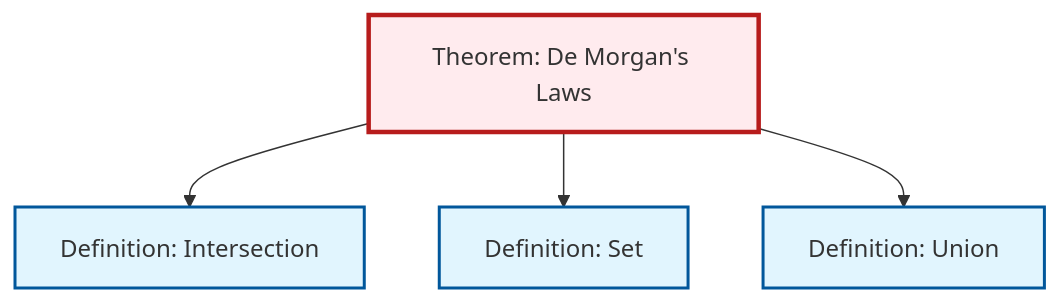
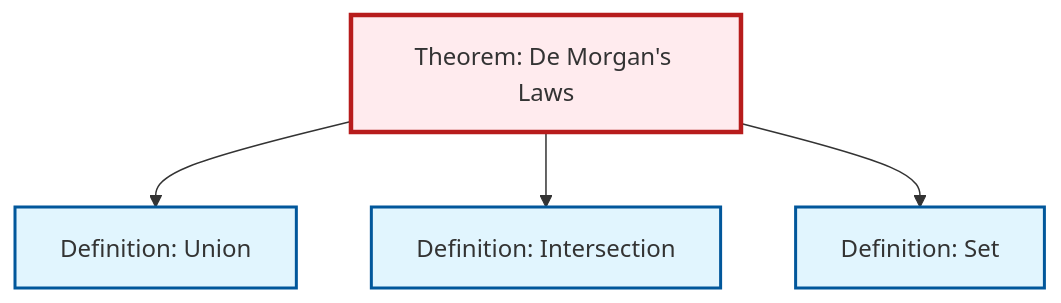
Before and after one commit to RK0429/ModernMath: the diagram in content/en/logic-set-theory/thm-de-morgan.qmd, drawn with Mermaid. The commit also changed other lines of this file and 530 other files, not shown here.

````diff
--- a/content/en/logic-set-theory/thm-de-morgan.qmd
+++ b/content/en/logic-set-theory/thm-de-morgan.qmd
@@ -78,20 +78,20 @@
 ```{mermaid}
 %%| fig-cap: "Local dependency graph"
 graph TD
     classDef definition fill:#e1f5fe,stroke:#01579b,stroke-width:2px
     classDef theorem fill:#f3e5f5,stroke:#4a148c,stroke-width:2px
     classDef axiom fill:#fff3e0,stroke:#e65100,stroke-width:2px
     classDef example fill:#e8f5e9,stroke:#1b5e20,stroke-width:2px
     classDef current fill:#ffebee,stroke:#b71c1c,stroke-width:3px
-    thm-de-morgan["Theorem: De Morgan's Laws"]:::theorem
-    def-set["Definition: Set"]:::definition
     def-union["Definition: Union"]:::definition
     def-intersection["Definition: Intersection"]:::definition
+    def-set["Definition: Set"]:::definition
+    thm-de-morgan["Theorem: De Morgan's Laws"]:::theorem
+    thm-de-morgan --> def-union
     thm-de-morgan --> def-intersection
     thm-de-morgan --> def-set
-    thm-de-morgan --> def-union
     class thm-de-morgan current
-    click def-set "def-set.html" "Go to Set definition"
     click def-union "def-union.html" "Go to Union definition"
     click def-intersection "def-intersection.html" "Go to Intersection definition"
+    click def-set "def-set.html" "Go to Set definition"
 ```
````
